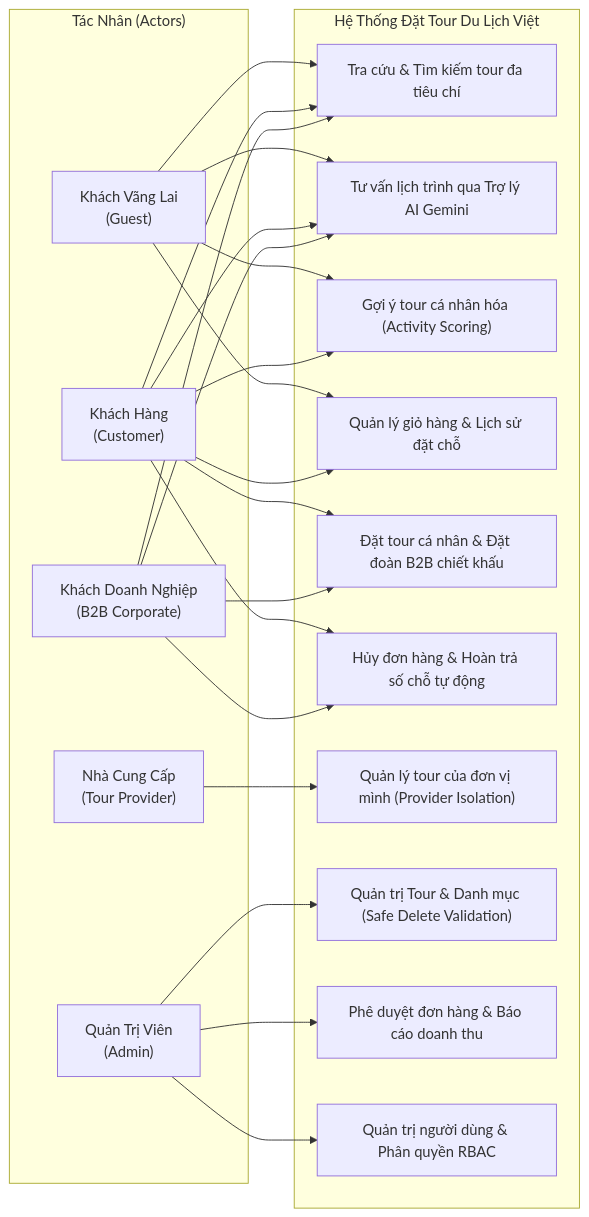
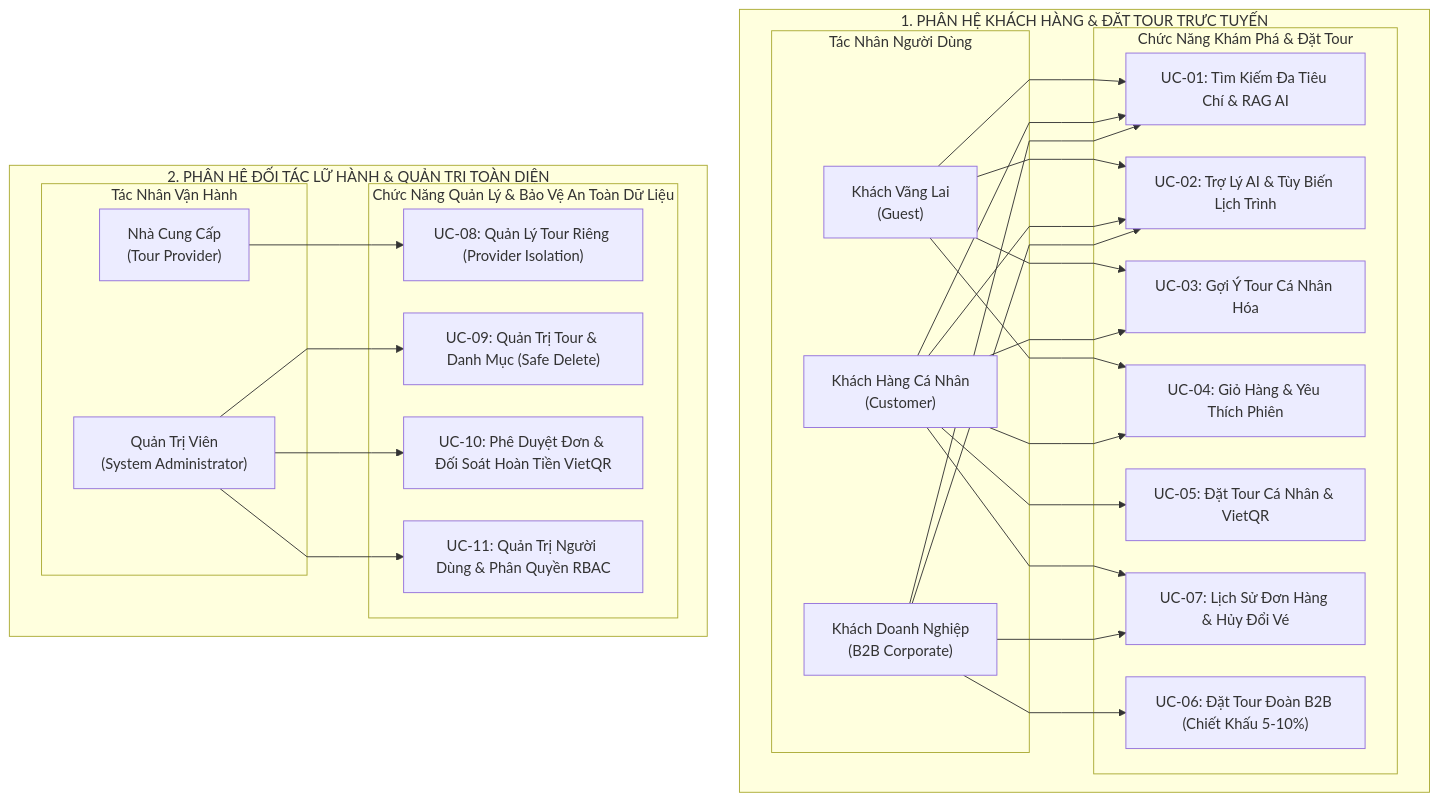
One commit to DaMilos35/JavaWWW_Nhom5_TourBooking changed the second of 7 diagrams in README.md. Above: the diagram before and after it, drawn with Mermaid. The commit also changed other lines of this file and 13 other files, not shown here.

Commit message:
feat: complete UI/UX OTA polish, 99-test suite, diagrams and final documentation

````diff
--- a/README.md
+++ b/README.md
@@ -142,46 +147,66 @@
 ```mermaid
-flowchart LR
-    subgraph Actors["Tác Nhân (Actors)"]
-        G["Khách Vãng Lai<br/>(Guest)"]
-        C["Khách Hàng<br/>(Customer)"]
-        B["Khách Doanh Nghiệp<br/>(B2B Corporate)"]
-        P["Nhà Cung Cấp<br/>(Tour Provider)"]
-        A["Quản Trị Viên<br/>(Admin)"]
+%%{init: {'flowchart': {'curve': 'linear', 'nodeSpacing': 35, 'rankSpacing': 45}}}%%
+flowchart TD
+    %% ==========================================================
+    %% 1. PHÂN HỆ KHÁCH HÀNG & TRẢI NGHIỆM ĐẶT TOUR
+    %% ==========================================================
+    subgraph SubCustomer["1. PHÂN HỆ KHÁCH HÀNG & ĐẶT TOUR TRỰC TUYẾN"]
+        direction LR
+        subgraph ActorsCustomer["Tác Nhân Người Dùng"]
+            Guest["Khách Vãng Lai<br/>(Guest)"]
+            Cust["Khách Hàng Cá Nhân<br/>(Customer)"]
+            B2B["Khách Doanh Nghiệp<br/>(B2B Corporate)"]
+        end
+
+        subgraph UCsCustomer["Chức Năng Khám Phá & Đặt Tour"]
+            UC01["UC-01: Tìm Kiếm Đa Tiêu Chí & RAG AI"]
+            UC02["UC-02: Trợ Lý AI & Tùy Biến Lịch Trình"]
+            UC03["UC-03: Gợi Ý Tour Cá Nhân Hóa"]
+            UC04["UC-04: Giỏ Hàng & Yêu Thích Phiên"]
+            UC05["UC-05: Đặt Tour Cá Nhân & VietQR"]
+            UC06["UC-06: Đặt Tour Đoàn B2B (Chiết Khấu 5-10%)"]
+            UC07["UC-07: Lịch Sử Đơn Hàng & Hủy Đổi Vé"]
+        end
+
+        Guest --> UC01
+        Guest --> UC02
+        Guest --> UC03
+        Guest --> UC04
+
+        Cust --> UC01
+        Cust --> UC02
+        Cust --> UC03
+        Cust --> UC04
+        Cust --> UC05
+        Cust --> UC07
+
+        B2B --> UC01
+        B2B --> UC02
+        B2B --> UC06
+        B2B --> UC07
     end
 
-    subgraph System["Hệ Thống Đặt Tour Du Lịch Việt"]
-        UC1["Tra cứu & Tìm kiếm tour đa tiêu chí"]
-        UC2["Tư vấn lịch trình qua Trợ lý AI Gemini"]
-        UC3["Gợi ý tour cá nhân hóa (Activity Scoring)"]
-        UC4["Quản lý giỏ hàng & Lịch sử đặt chỗ"]
-        UC5["Đặt tour cá nhân & Đặt đoàn B2B chiết khấu"]
-        UC6["Hủy đơn hàng & Hoàn trả số chỗ tự động"]
-        UC7["Quản lý tour của đơn vị mình (Provider Isolation)"]
-        UC8["Quản trị Tour & Danh mục (Safe Delete Validation)"]
-        UC9["Phê duyệt đơn hàng & Báo cáo doanh thu"]
-        UC10["Quản trị người dùng & Phân quyền RBAC"]
+    %% ==========================================================
+    %% 2. PHÂN HỆ ĐỐI TÁC LỮ HÀNH & QUẢN TRỊ TOÀN DIỆN
+    %% ==========================================================
+    subgraph SubAdmin["2. PHÂN HỆ ĐỐI TÁC LỮ HÀNH & QUẢN TRỊ TOÀN DIỆN"]
+        direction LR
+        subgraph ActorsAdmin["Tác Nhân Vận Hành"]
+            Provider["Nhà Cung Cấp<br/>(Tour Provider)"]
+            Admin["Quản Trị Viên<br/>(System Administrator)"]
+        end
+
+        subgraph UCsAdmin["Chức Năng Quản Lý & Bảo Vệ An Toàn Dữ Liệu"]
+            UC08["UC-08: Quản Lý Tour Riêng (Provider Isolation)"]
+            UC09["UC-09: Quản Trị Tour & Danh Mục (Safe Delete)"]
+            UC10["UC-10: Phê Duyệt Đơn & Đối Soát Hoàn Tiền VietQR"]
+            UC11["UC-11: Quản Trị Người Dùng & Phân Quyền RBAC"]
+        end
+
+        Provider --> UC08
+
+        Admin --> UC09
+        Admin --> UC10
+        Admin --> UC11
     end
-
-    G --> UC1
-    G --> UC2
-    G --> UC3
-    G --> UC4
-
-    C --> UC1
-    C --> UC2
-    C --> UC3
-    C --> UC4
-    C --> UC5
-    C --> UC6
-
-    B --> UC1
-    B --> UC2
-    B --> UC5
-    B --> UC6
-
-    P --> UC7
-
-    A --> UC8
-    A --> UC9
-    A --> UC10
 ```
````
